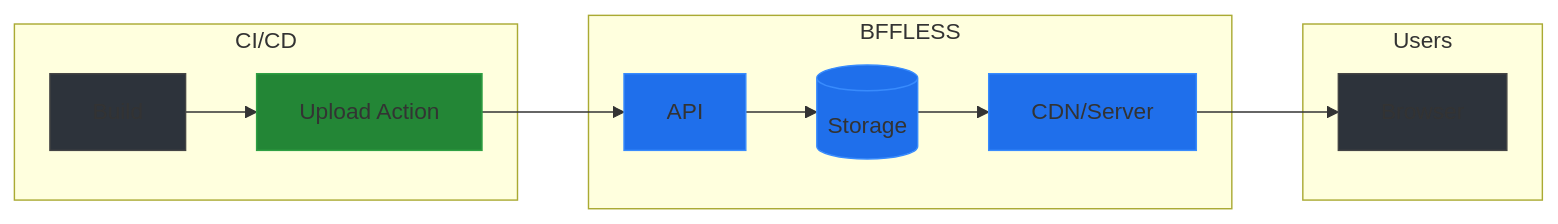
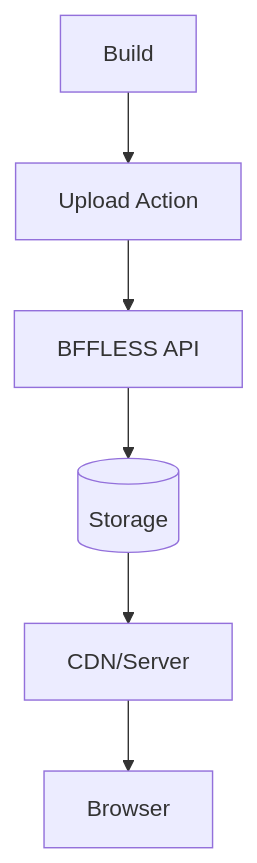
One commit to bffless/.github changed the diagram in profile/README.md. Above: the diagram before and after it, drawn with Mermaid. The commit also changed other lines of this file, not shown here.

Commit message:
Make diagram vertical and link to quickstart docs

````diff
--- a/profile/README.md
+++ b/profile/README.md
@@ -21,23 +21,8 @@
 ```mermaid
-flowchart LR
-    subgraph CI/CD
-        A[Build] --> B[Upload Action]
-    end
-
-    subgraph BFFLESS
-        B --> C[API]
-        C --> D[(Storage)]
-        D --> E[CDN/Server]
-    end
-
-    subgraph Users
-        E --> F[Browser]
-    end
-
-    style A fill:#2d333b,stroke:#444
-    style B fill:#238636,stroke:#2ea043
-    style C fill:#1f6feb,stroke:#388bfd
-    style D fill:#1f6feb,stroke:#388bfd
-    style E fill:#1f6feb,stroke:#388bfd
-    style F fill:#2d333b,stroke:#444
+flowchart TB
+    A[Build] --> B[Upload Action]
+    B --> C[BFFLESS API]
+    C --> D[(Storage)]
+    D --> E[CDN/Server]
+    E --> F[Browser]
 ```
````
